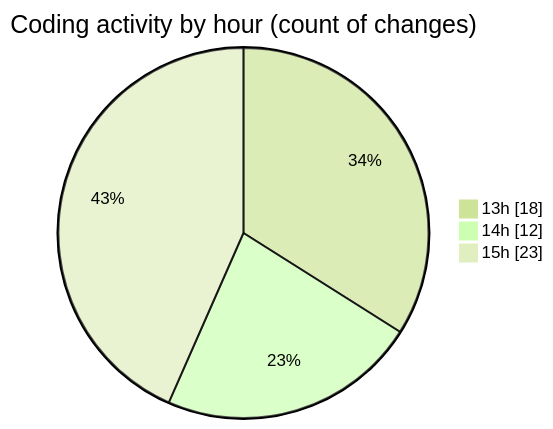
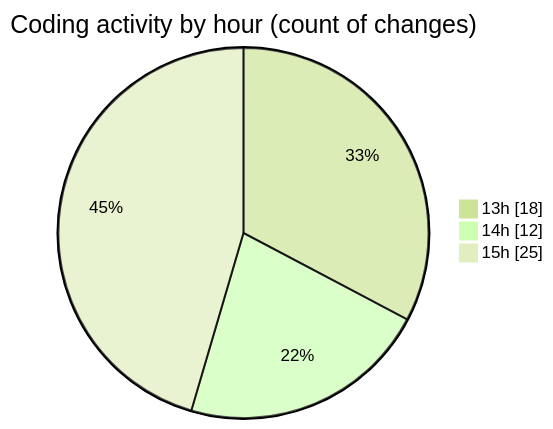
One commit to idhammustaqopulfikri/code-tracking changed the second of 2 diagrams in 2025-06-16/studio-backend/README.md. Above: the diagram before and after it, drawn with Mermaid (forest theme). The commit also changed other lines of this file and 1 other file, not shown here.

````diff
--- a/2025-06-16/studio-backend/README.md
+++ b/2025-06-16/studio-backend/README.md
@@ -38,7 +39,7 @@
 ```mermaid
 pie showData
 title Coding activity by hour (count of changes)
 "13h" : 18
 "14h" : 12
-"15h" : 23
+"15h" : 25
 ```
````
